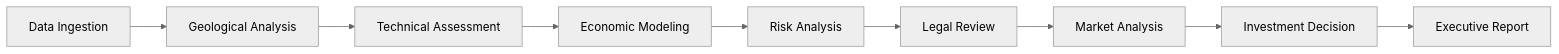
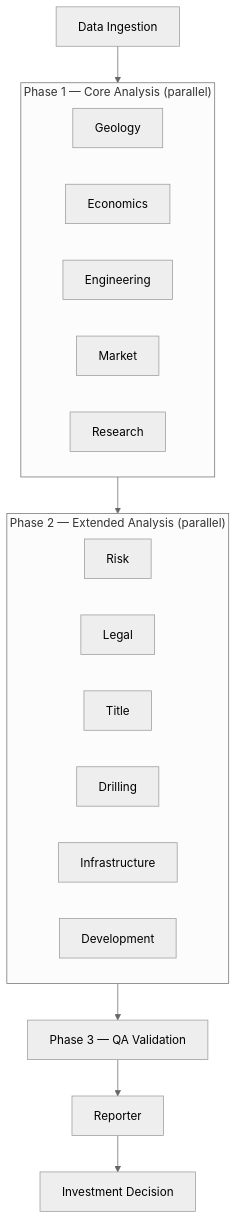
The diagram in README.md (ryemyster/ShaleYeah), drawn with Mermaid (neutral theme) before and after one commit. The commit also changed other lines of this file and 83 other files, not shown here.

````diff
--- a/README.md
+++ b/README.md
@@ -218,11 +140,26 @@
 ```mermaid
-graph LR
-    A[Data Ingestion] --> B[Geological Analysis]
-    B --> C[Technical Assessment] 
-    C --> D[Economic Modeling]
-    D --> E[Risk Analysis]
-    E --> F[Legal Review]
-    F --> G[Market Analysis]
-    G --> H[Investment Decision]
-    H --> I[Executive Report]
+graph TD
+    A[Data Ingestion] --> P1
+
+    subgraph P1["Phase 1 — Core Analysis (parallel)"]
+        B[Geology]
+        C[Economics]
+        D[Engineering]
+        E[Market]
+        F[Research]
+    end
+
+    P1 --> P2
+
+    subgraph P2["Phase 2 — Extended Analysis (parallel)"]
+        G[Risk]
+        H[Legal]
+        I[Title]
+        J[Drilling]
+        K[Infrastructure]
+        L[Development]
+    end
+
+    P2 --> P3[Phase 3 — QA Validation]
+    P3 --> P4a[Reporter] --> P4b[Investment Decision]
 ```
````
